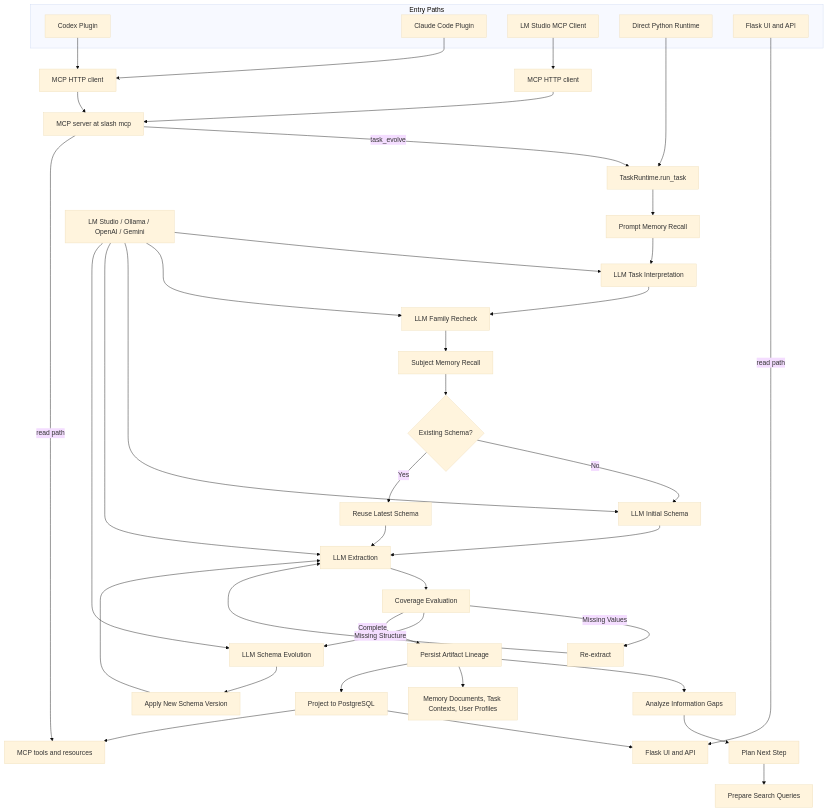
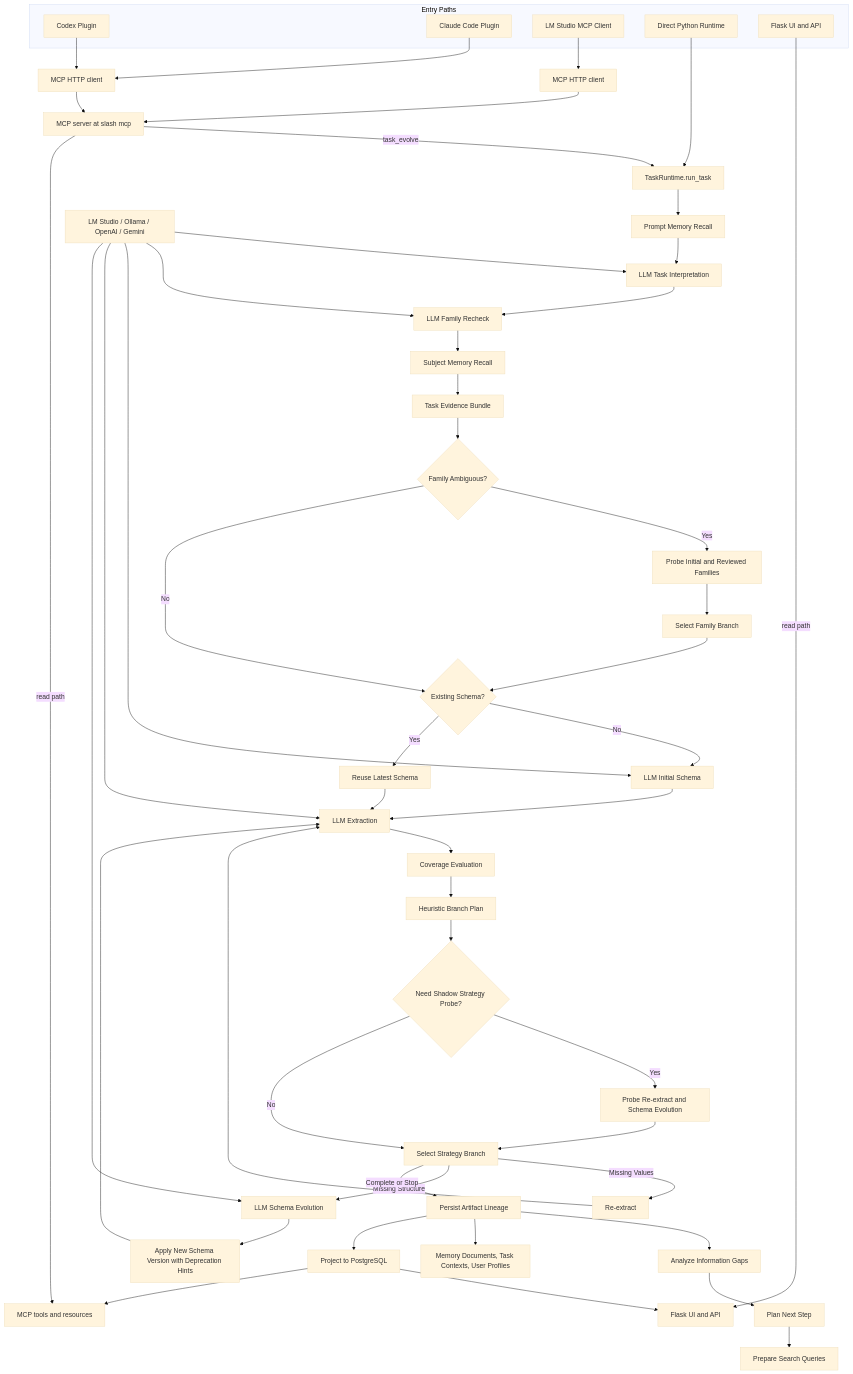
The diagram in README.md (kawayuta/TraceRelay), drawn with Mermaid (base theme) before and after one commit. The commit also changed other lines of this file and 24 other files, not shown here.

Commit message:
feat: add strategy-aware evolution controller

````diff
--- a/README.md
+++ b/README.md
@@ -172,52 +172,62 @@
 ```mermaid
 flowchart TD
     subgraph Entry["Entry Paths"]
       A[Codex Plugin]
       B[Claude Code Plugin]
       C[LM Studio MCP Client]
       D[Direct Python Runtime]
       E[Flask UI and API]
     end
 
     A --> F[MCP HTTP client]
     B --> F
     C --> G[MCP HTTP client]
     F --> H[MCP server at slash mcp]
     G --> H
     D --> I[TaskRuntime.run_task]
     H -->|task_evolve| I
 
-    I --> J[Prompt Memory Recall]
-    J --> K[LLM Task Interpretation]
-    K --> L[LLM Family Recheck]
-    L --> M[Subject Memory Recall]
-    M --> N{Existing Schema?}
-    N -->|No| O[LLM Initial Schema]
-    N -->|Yes| P[Reuse Latest Schema]
-    O --> Q[LLM Extraction]
-    P --> Q
-    Q --> R[Coverage Evaluation]
-    R -->|Missing Values| S[Re-extract]
-    S --> Q
-    R -->|Missing Structure| T[LLM Schema Evolution]
-    T --> U[Apply New Schema Version]
-    U --> Q
-    R -->|Complete| V[Persist Artifact Lineage]
+	    I --> J[Prompt Memory Recall]
+	    J --> K[LLM Task Interpretation]
+	    K --> L[LLM Family Recheck]
+	    L --> M[Subject Memory Recall]
+	    M --> M1[Task Evidence Bundle]
+	    M1 --> M2{Family Ambiguous?}
+	    M2 -->|Yes| M3[Probe Initial and Reviewed Families]
+	    M3 --> M4[Select Family Branch]
+	    M2 -->|No| N{Existing Schema?}
+	    M4 --> N
+	    N -->|No| O[LLM Initial Schema]
+	    N -->|Yes| P[Reuse Latest Schema]
+	    O --> Q[LLM Extraction]
+	    P --> Q
+	    Q --> R[Coverage Evaluation]
+	    R --> R1[Heuristic Branch Plan]
+	    R1 --> R2{Need Shadow Strategy Probe?}
+	    R2 -->|Yes| R3[Probe Re-extract and Schema Evolution]
+	    R3 --> R4[Select Strategy Branch]
+	    R2 -->|No| R4
+	    R4 -->|Missing Values| S[Re-extract]
+	    S --> Q
+	    R4 -->|Missing Structure| T[LLM Schema Evolution]
+	    T --> U[Apply New Schema Version with Deprecation Hints]
+	    U --> Q
+	    R4 -->|Complete or Stop| V[Persist Artifact Lineage]
 
     V --> W1[Analyze Information Gaps]
     W1 --> W2[Plan Next Step]
     W2 --> W3[Prepare Search Queries]
 
     X[LM Studio / Ollama / OpenAI / Gemini] --> K
     X --> L
     X --> O
     X --> Q
     X --> T
 
     V --> Y[Memory Documents, Task Contexts, User Profiles]
     V --> Z[Project to PostgreSQL]
     Z --> AA[Flask UI and API]
     Z --> AB[MCP tools and resources]
     E -->|read path| AA
     H -->|read path| AB
 ```
````
